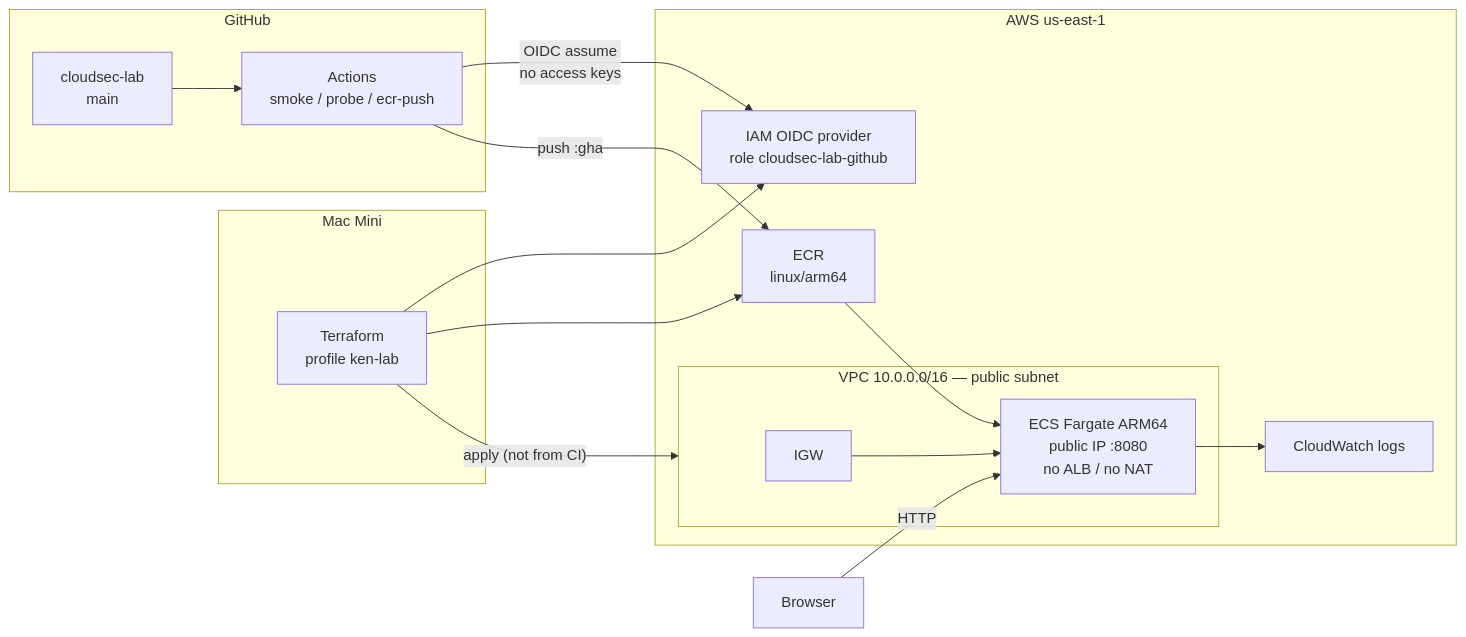
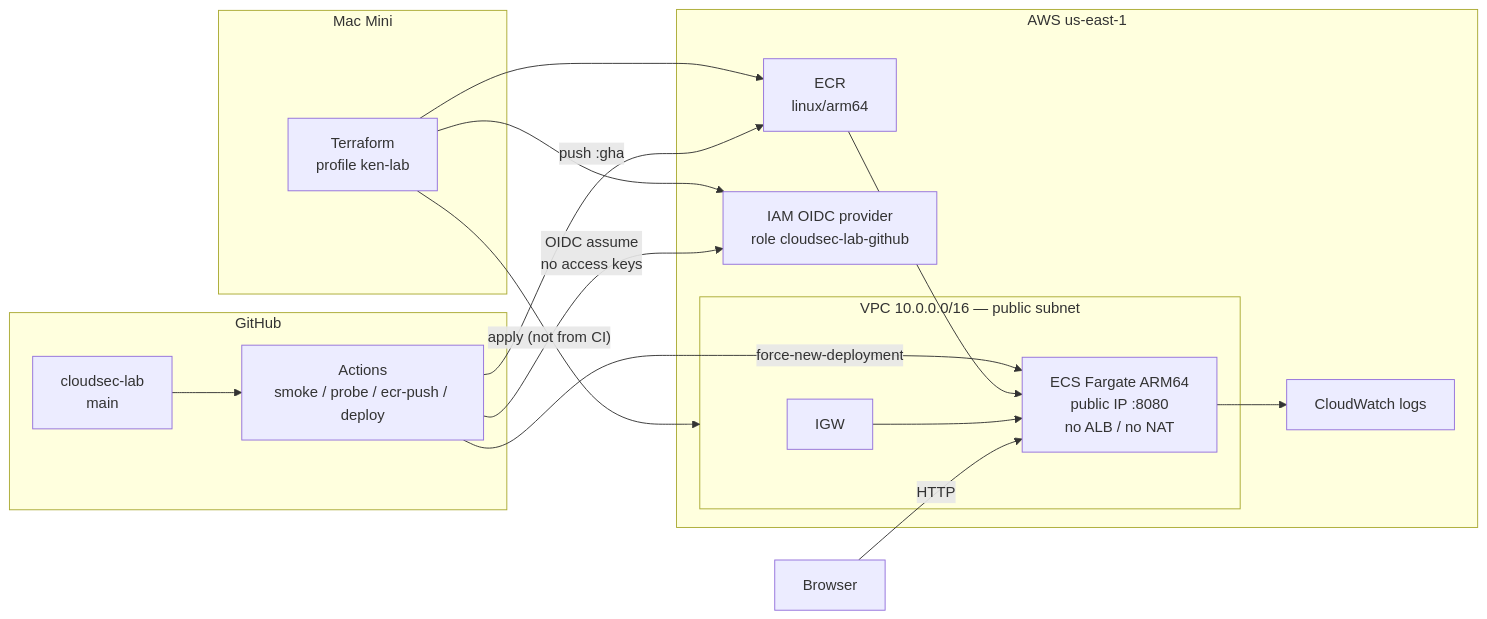
Before and after one commit to glorified-g/cloudsec-lab: the diagram in README.md, drawn with Mermaid. The commit also changed other lines of this file and 5 other files, not shown here.

Commit message:
Add deploy workflow: test, push, force ECS rollout

````diff
--- a/README.md
+++ b/README.md
@@ -5,34 +5,35 @@
 ```mermaid
 flowchart LR
   subgraph laptop ["Mac Mini"]
     tf["Terraform\nprofile ken-lab"]
   end
 
   subgraph github ["GitHub"]
     repo["cloudsec-lab\nmain"]
-    gha["Actions\nsmoke / probe / ecr-push"]
+    gha["Actions\nsmoke / probe / ecr-push / deploy"]
   end
 
   subgraph aws ["AWS us-east-1"]
     oidc["IAM OIDC provider\nrole cloudsec-lab-github"]
     ecr["ECR\nlinux/arm64"]
     subgraph vpc ["VPC 10.0.0.0/16 — public subnet"]
       igw[IGW]
       task["ECS Fargate ARM64\npublic IP :8080\nno ALB / no NAT"]
     end
     cw["CloudWatch logs"]
   end
 
   you[Browser]
 
   tf -->|"apply (not from CI)"| vpc
   tf --> oidc
   tf --> ecr
   repo --> gha
   gha -->|"OIDC assume\nno access keys"| oidc
   gha -->|"push :gha"| ecr
+  gha -->|"force-new-deployment"| task
   ecr --> task
   task --> cw
   igw --> task
   you -->|"HTTP"| task
 ```
````
